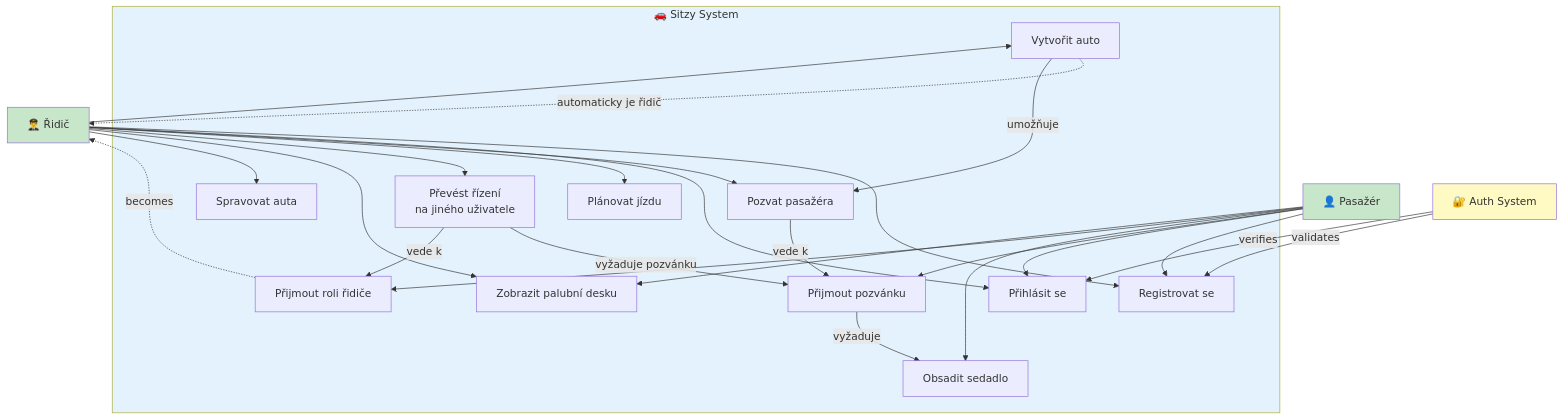
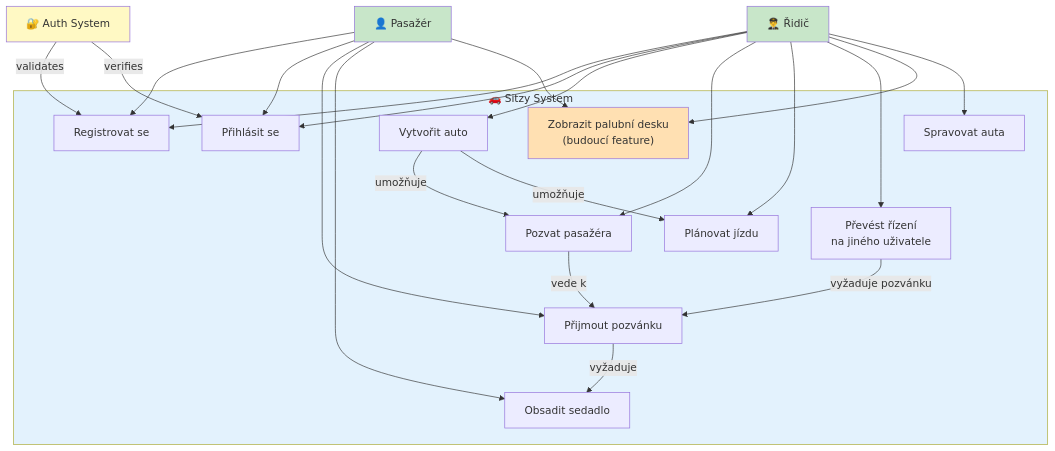
Before and after one commit to matthewjezek/Sitzy: the diagram in diagrams/01_usecase.md, drawn with Mermaid. The commit also changed other lines of this file and 2 other files, not shown here.

Commit message:
refactor: Update use case and sequence diagrams for clarity and accuracy

````diff
--- a/diagrams/01_usecase.md
+++ b/diagrams/01_usecase.md
@@ -3,52 +3,49 @@
 ```mermaid
 graph TB
     subgraph Sitzy["🚗 Sitzy System"]
         UC1["Registrovat se"]
         UC2["Přihlásit se"]
         UC3["Vytvořit auto"]
         UC4["Pozvat pasažéra"]
         UC5["Přijmout pozvánku"]
         UC6["Obsadit sedadlo"]
         UC7["Plánovat jízdu"]
         UC8["Převést řízení<br/>na jiného uživatele"]
-        UC9["Přijmout roli řidiče"]
-        UC10["Zobrazit palubní desku"]
+        UC10["Zobrazit palubní desku<br/>(budoucí feature)"]
         UC11["Spravovat auta"]
     end
     
     Driver["👨‍✈️ Řidič"]
     Passenger["👤 Pasažér"]
     System["🔐 Auth System"]
     
     Driver --> UC1
     Driver --> UC2
     Driver --> UC3
     Driver --> UC4
     Driver --> UC7
     Driver --> UC8
     Driver --> UC10
     Driver --> UC11
     
     Passenger --> UC1
     Passenger --> UC2
     Passenger --> UC5
     Passenger --> UC6
-    Passenger --> UC9
     Passenger --> UC10
     
     System -->|validates| UC1
     System -->|verifies| UC2
     
-    UC3 -.->|automaticky je řidič| Driver
     UC3 -->|umožňuje| UC4
+    UC3 -->|umožňuje| UC7
     UC4 -->|vede k| UC5
     UC5 -->|vyžaduje| UC6
     UC8 -->|vyžaduje pozvánku| UC5
-    UC8 -->|vede k| UC9
-    UC9 -.->|becomes| Driver
     
     style Sitzy fill:#e3f2fd
     style Driver fill:#c8e6c9
     style Passenger fill:#c8e6c9
     style System fill:#fff9c4
+    style UC10 fill:#ffe0b2
 ```
````
